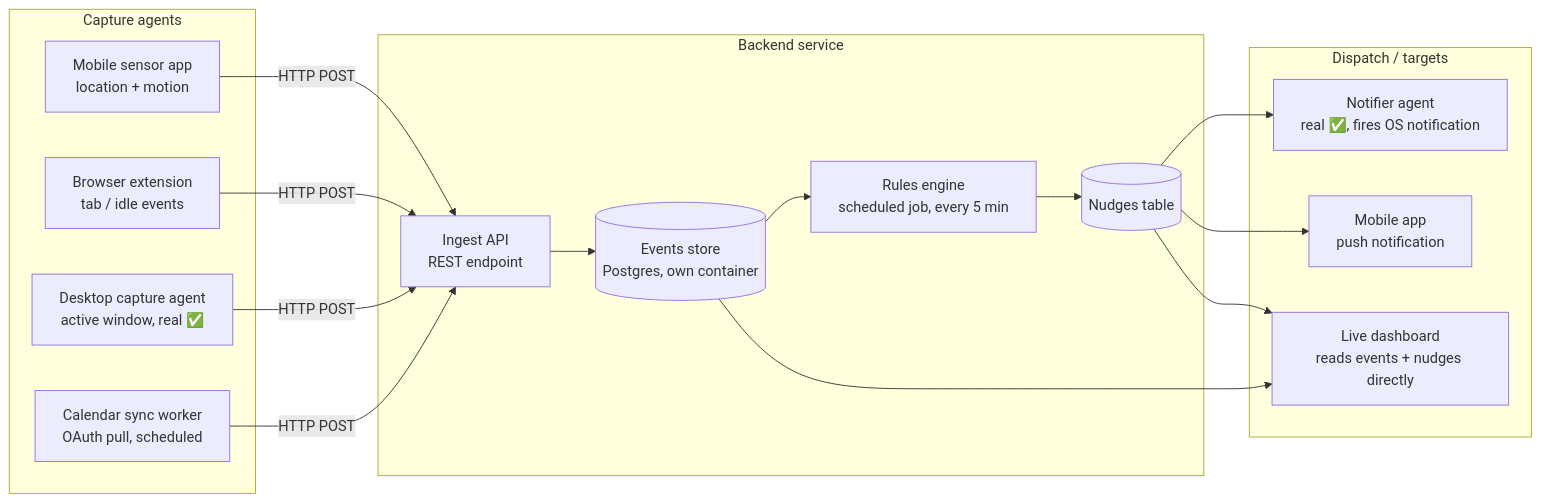
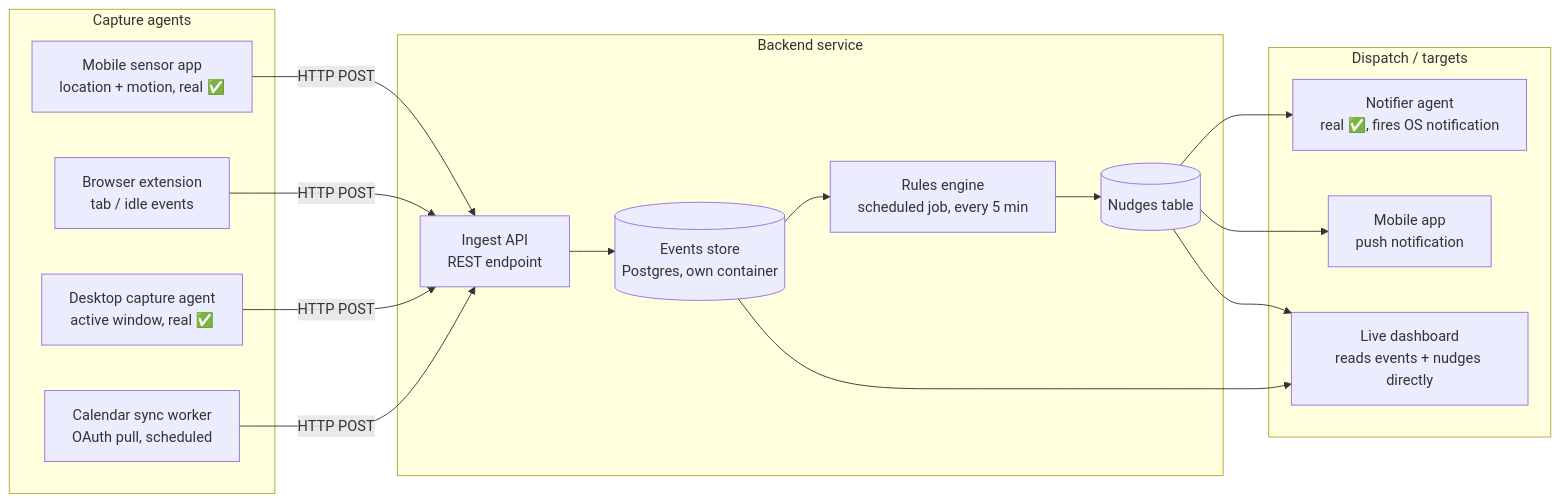
One commit to sgudavalli/deskemon changed the diagram in DESIGN.md. Above: the diagram before and after it, drawn with Mermaid. The commit also changed 17 other files, not shown here.

````diff
--- a/DESIGN.md
+++ b/DESIGN.md
@@ -55,34 +55,34 @@
 ```mermaid
 flowchart LR
     subgraph Capture agents
-        A1[Mobile sensor app<br/>location + motion]
+        A1[Mobile sensor app<br/>location + motion, real ✅]
         A2[Browser extension<br/>tab / idle events]
         A3[Desktop capture agent<br/>active window, real ✅]
         A4[Calendar sync worker<br/>OAuth pull, scheduled]
     end
 
     subgraph Backend service
         API[Ingest API<br/>REST endpoint]
         DB[(Events store<br/>Postgres, own container)]
         RULES[Rules engine<br/>scheduled job, every 5 min]
         NUDGES[(Nudges table)]
     end
 
     subgraph Dispatch / targets
         D1[Notifier agent<br/>real ✅, fires OS notification]
         D2[Mobile app<br/>push notification]
         D3[Live dashboard<br/>reads events + nudges directly]
     end
 
     A1 -->|HTTP POST| API
     A2 -->|HTTP POST| API
     A3 -->|HTTP POST| API
     A4 -->|HTTP POST| API
     API --> DB
     DB --> RULES
     RULES --> NUDGES
     NUDGES --> D1
     NUDGES --> D2
     NUDGES --> D3
     DB --> D3
 ```
````
